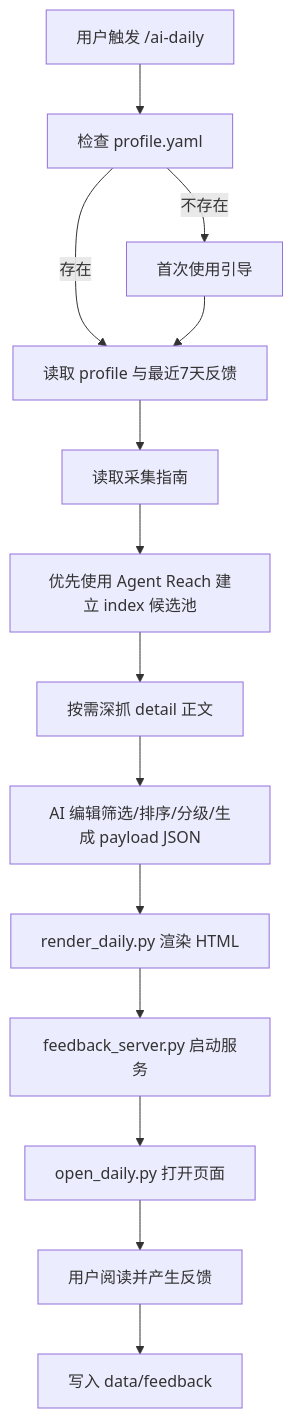
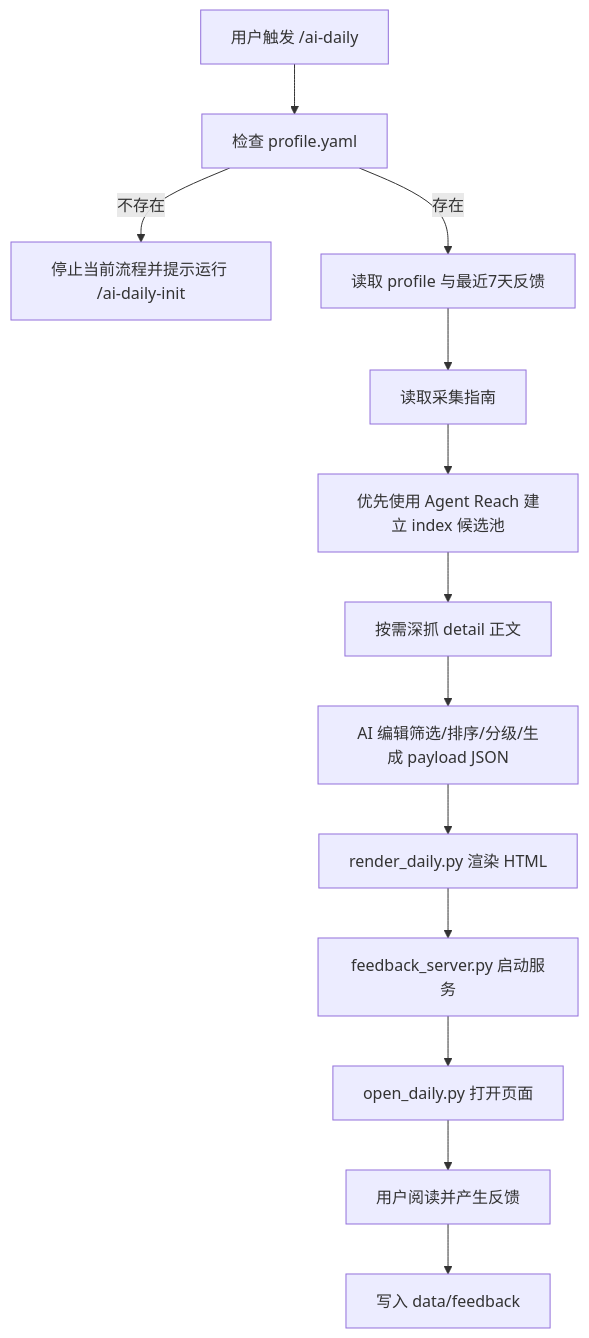
One commit to dagehaoshuang-dev/ai-daily changed the second of 3 diagrams in PRD.md. Above: the diagram before and after it, drawn with Mermaid. The commit also changed other lines of this file, not shown here.

````diff
--- a/PRD.md
+++ b/PRD.md
@@ -189,16 +233,15 @@
 ```mermaid
 flowchart TD
     A["用户触发 /ai-daily"] --> B["检查 profile.yaml"]
-    B -->|不存在| C["首次使用引导"]
+    B -->|不存在| C["停止当前流程并提示运行 /ai-daily-init"]
     B -->|存在| D["读取 profile 与最近7天反馈"]
-    C --> D
     D --> E["读取采集指南"]
     E --> F["优先使用 Agent Reach 建立 index 候选池"]
     F --> G["按需深抓 detail 正文"]
     G --> H["AI 编辑筛选/排序/分级/生成 payload JSON"]
     H --> I["render_daily.py 渲染 HTML"]
     I --> J["feedback_server.py 启动服务"]
     J --> K["open_daily.py 打开页面"]
     K --> L["用户阅读并产生反馈"]
     L --> M["写入 data/feedback"]
 ```
````
